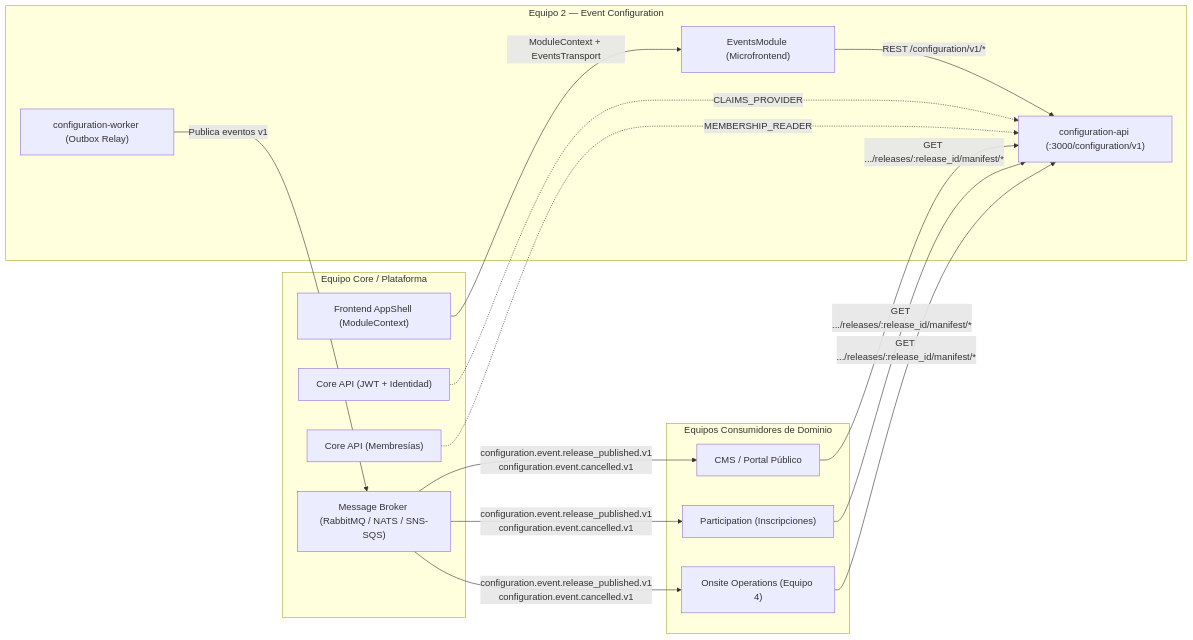
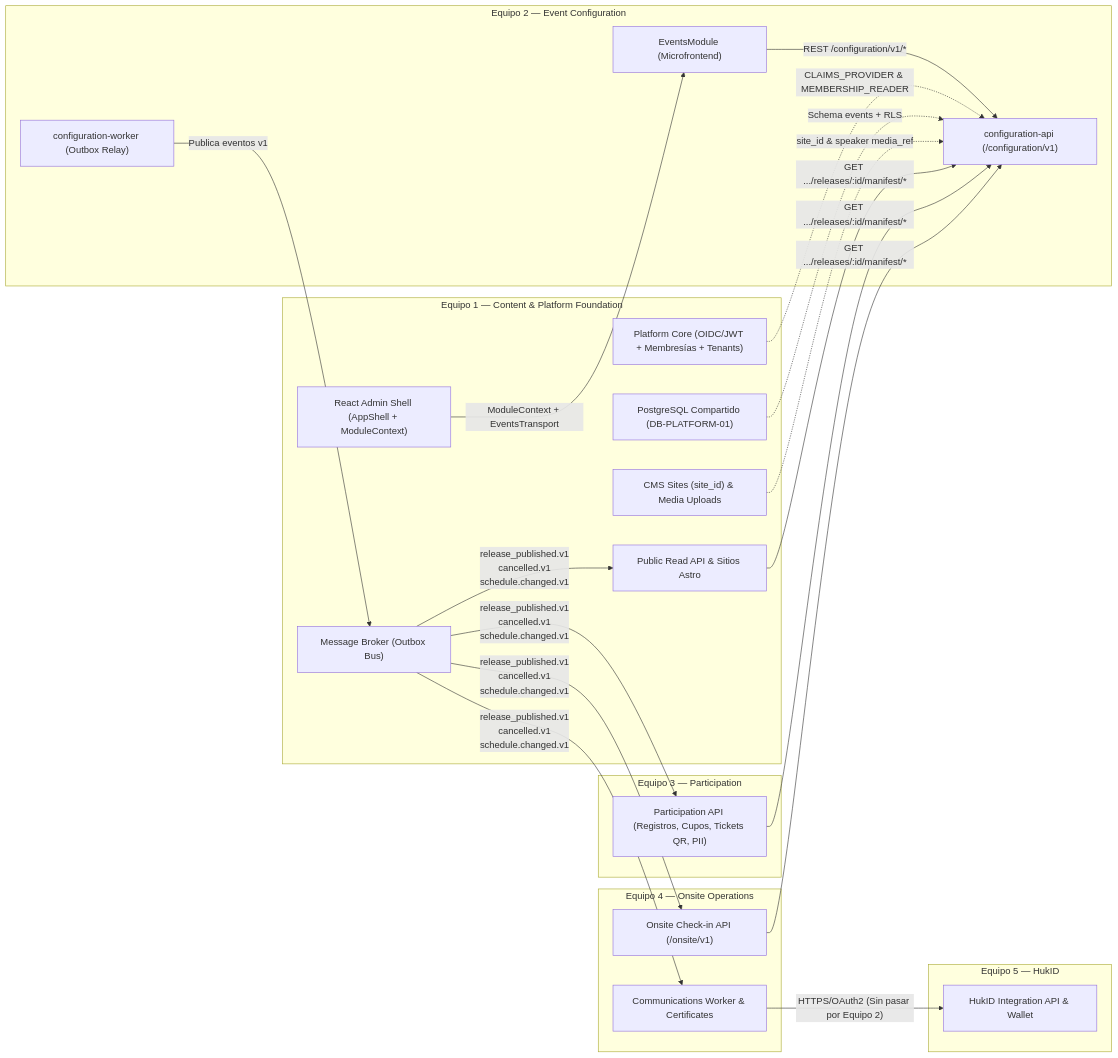
Before and after one commit to Luzugamer/TEAM_2_Pardo_Lopez: the diagram in microservices/event-configuration/docs/EXTERNAL-INTEGRATION.md, drawn with Mermaid. The commit also changed other lines of this file and 25 other files, not shown here.

````diff
--- a/microservices/event-configuration/docs/EXTERNAL-INTEGRATION.md
+++ b/microservices/event-configuration/docs/EXTERNAL-INTEGRATION.md
@@ -9,33 +17,45 @@
 ```mermaid
 flowchart LR
-  subgraph Plataforma["Equipo Core / Plataforma"]
-    CoreAuth["Core API (JWT + Identidad)"]
-    CoreMemberships["Core API (Membresías)"]
-    Shell["Frontend AppShell (ModuleContext)"]
-    Broker["Message Broker (RabbitMQ / NATS / SNS-SQS)"]
+  subgraph Team1["Equipo 1 — Content & Platform Foundation"]
+    CoreAuth["Platform Core (OIDC/JWT + Membresías + Tenants)"]
+    SharedDB["PostgreSQL Compartido (DB-PLATFORM-01)"]
+    Shell["React Admin Shell (AppShell + ModuleContext)"]
+    Broker["Message Broker (Outbox Bus)"]
+    CMSMedia["CMS Sites (site_id) & Media Uploads"]
+    PublicRead["Public Read API & Sitios Astro"]
   end
 
   subgraph Team2["Equipo 2 — Event Configuration"]
     EventsMFE["EventsModule (Microfrontend)"]
-    ConfigAPI["configuration-api (:3000/configuration/v1)"]
+    ConfigAPI["configuration-api (/configuration/v1)"]
     ConfigWorker["configuration-worker (Outbox Relay)"]
   end
 
-  subgraph Consumidores["Equipos Consumidores de Dominio"]
-    CMS["CMS / Portal Público"]
-    Participation["Participation (Inscripciones)"]
-    Onsite["Onsite Operations (Equipo 4)"]
+  subgraph Team3["Equipo 3 — Participation"]
+    PartAPI["Participation API (Registros, Cupos, Tickets QR, PII)"]
+  end
+
+  subgraph Team4["Equipo 4 — Onsite Operations"]
+    OnsiteAPI["Onsite Check-in API (/onsite/v1)"]
+    OpsWorker["Communications Worker & Certificates"]
+  end
+
+  subgraph Team5["Equipo 5 — HukID"]
+    HukID["HukID Integration API & Wallet"]
   end
 
   Shell -->|"ModuleContext + EventsTransport"| EventsMFE
   EventsMFE -->|"REST /configuration/v1/*"| ConfigAPI
-  CoreAuth -.->|"CLAIMS_PROVIDER"| ConfigAPI
-  CoreMemberships -.->|"MEMBERSHIP_READER"| ConfigAPI
+  CoreAuth -.->|"CLAIMS_PROVIDER & MEMBERSHIP_READER"| ConfigAPI
+  SharedDB -.->|"Schema events + RLS"| ConfigAPI
+  CMSMedia -.->|"site_id & speaker media_ref"| ConfigAPI
   ConfigWorker -->|"Publica eventos v1"| Broker
-  Broker -->|"configuration.event.release_published.v1\nconfiguration.event.cancelled.v1"| CMS
-  Broker -->|"configuration.event.release_published.v1\nconfiguration.event.cancelled.v1"| Participation
-  Broker -->|"configuration.event.release_published.v1\nconfiguration.event.cancelled.v1"| Onsite
-  CMS -->|"GET .../releases/:release_id/manifest/*"| ConfigAPI
-  Participation -->|"GET .../releases/:release_id/manifest/*"| ConfigAPI
-  Onsite -->|"GET .../releases/:release_id/manifest/*"| ConfigAPI
+  Broker -->|"release_published.v1\ncancelled.v1\nschedule.changed.v1"| PublicRead
+  Broker -->|"release_published.v1\ncancelled.v1\nschedule.changed.v1"| PartAPI
+  Broker -->|"release_published.v1\ncancelled.v1\nschedule.changed.v1"| OnsiteAPI
+  Broker -->|"release_published.v1\ncancelled.v1\nschedule.changed.v1"| OpsWorker
+  PublicRead -->|"GET .../releases/:id/manifest/*"| ConfigAPI
+  PartAPI -->|"GET .../releases/:id/manifest/*"| ConfigAPI
+  OnsiteAPI -->|"GET .../releases/:id/manifest/*"| ConfigAPI
+  OpsWorker -->|"HTTPS/OAuth2 (Sin pasar por Equipo 2)"| HukID
 ```
````
